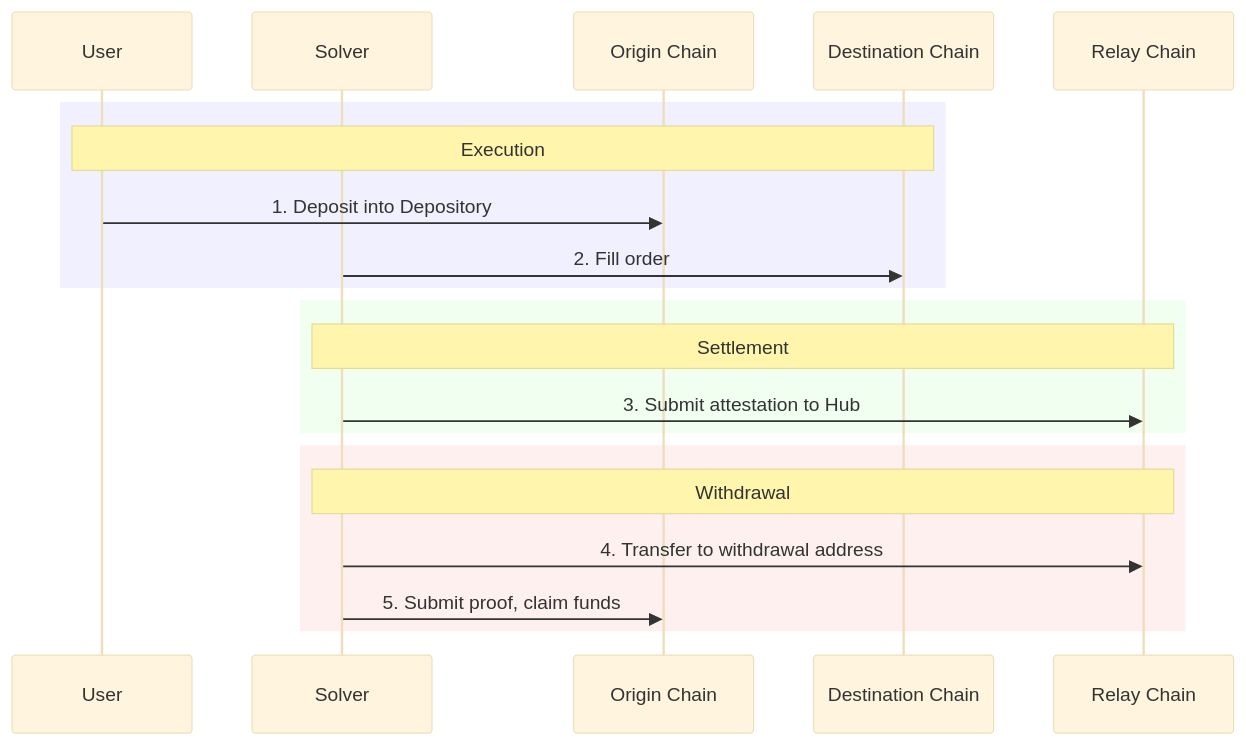
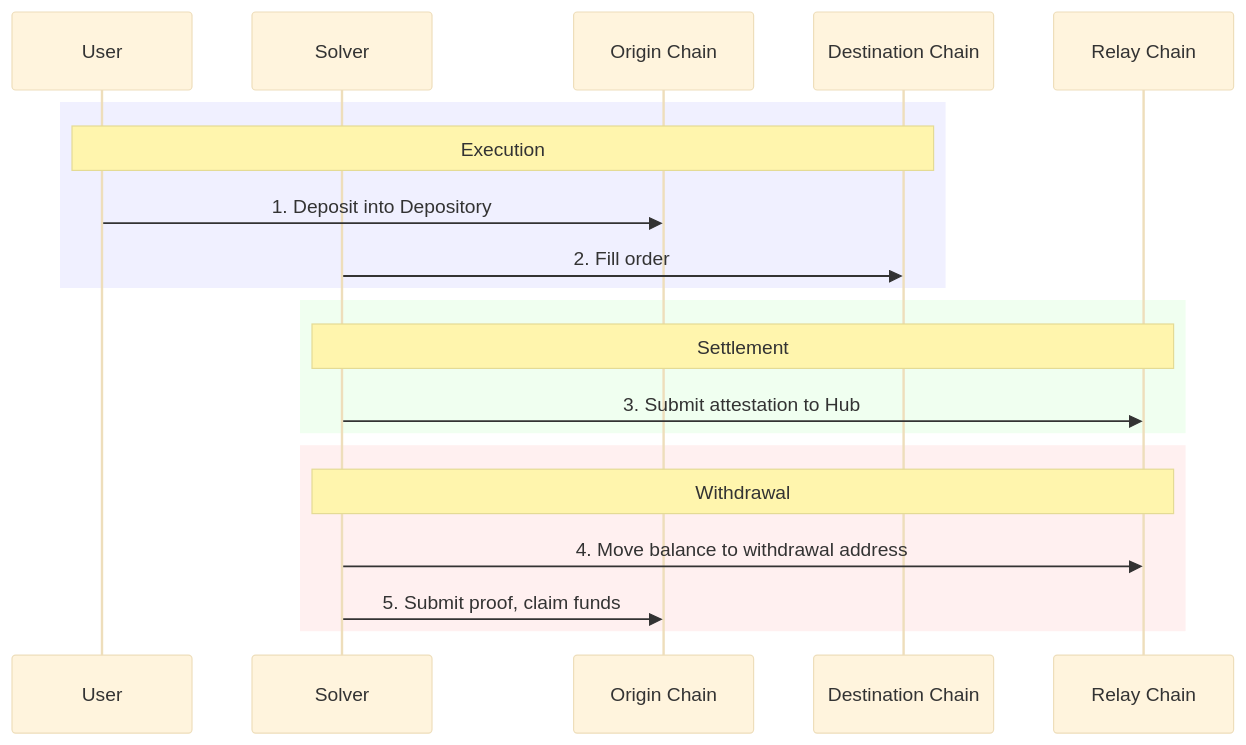
Before and after one commit to relayprotocol/relay-docs: the first of 7 diagrams in references/protocol/how-it-works.mdx, drawn with Mermaid (base theme). The commit also changed other lines of this file and 7 other files, not shown here.

````diff
--- a/references/protocol/how-it-works.mdx
+++ b/references/protocol/how-it-works.mdx
@@ -28,25 +28,25 @@
 ```mermaid
 sequenceDiagram
     participant User
     participant Solver
     participant O as Origin Chain
     participant D as Destination Chain
     participant R as Relay Chain
 
     rect rgb(240, 240, 255)
     Note over User,D: Execution
     User->>O: 1. Deposit into Depository
     Solver->>D: 2. Fill order
     end
 
     rect rgb(240, 255, 240)
     Note over Solver,R: Settlement
     Solver->>R: 3. Submit attestation to Hub
     end
 
     rect rgb(255, 240, 240)
     Note over Solver,R: Withdrawal
-    Solver->>R: 4. Transfer to withdrawal address
+    Solver->>R: 4. Move balance to withdrawal address
     Solver->>O: 5. Submit proof, claim funds
     end
 ```
````
